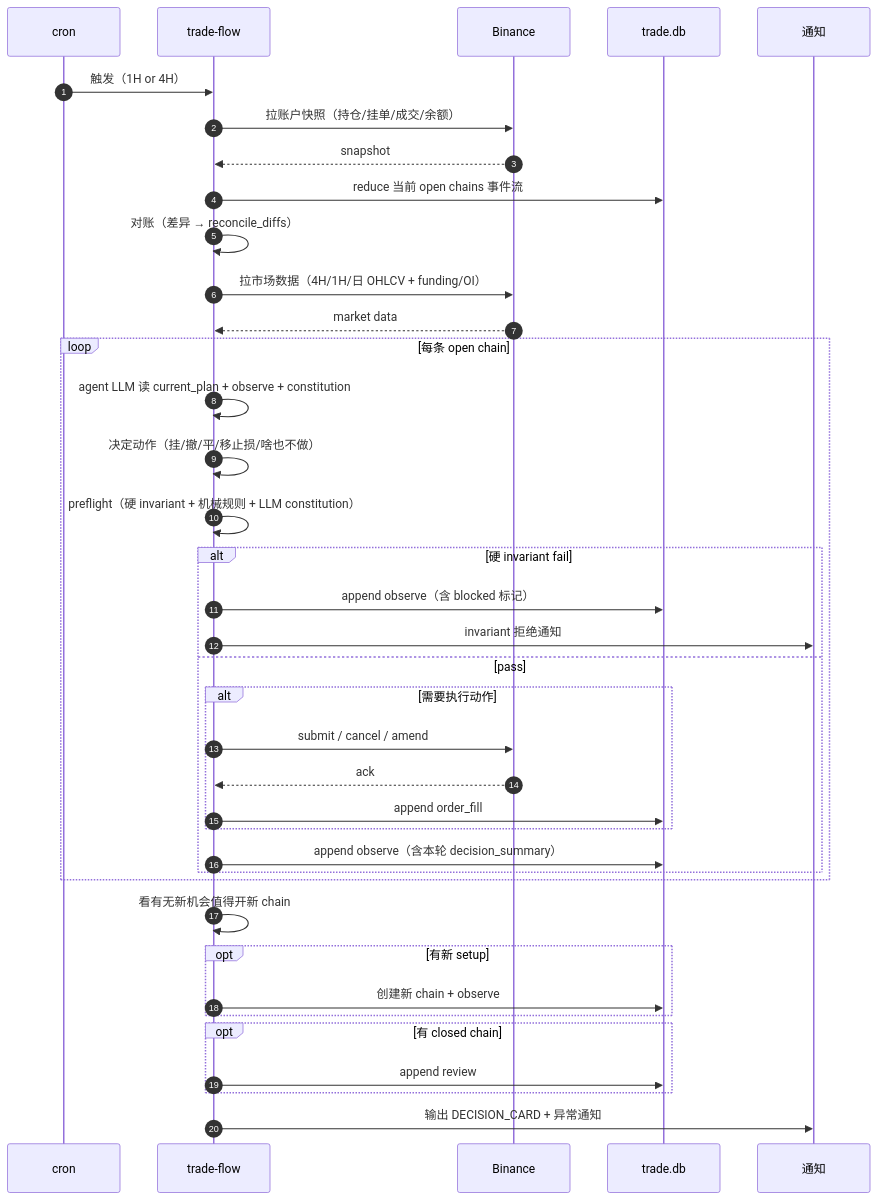
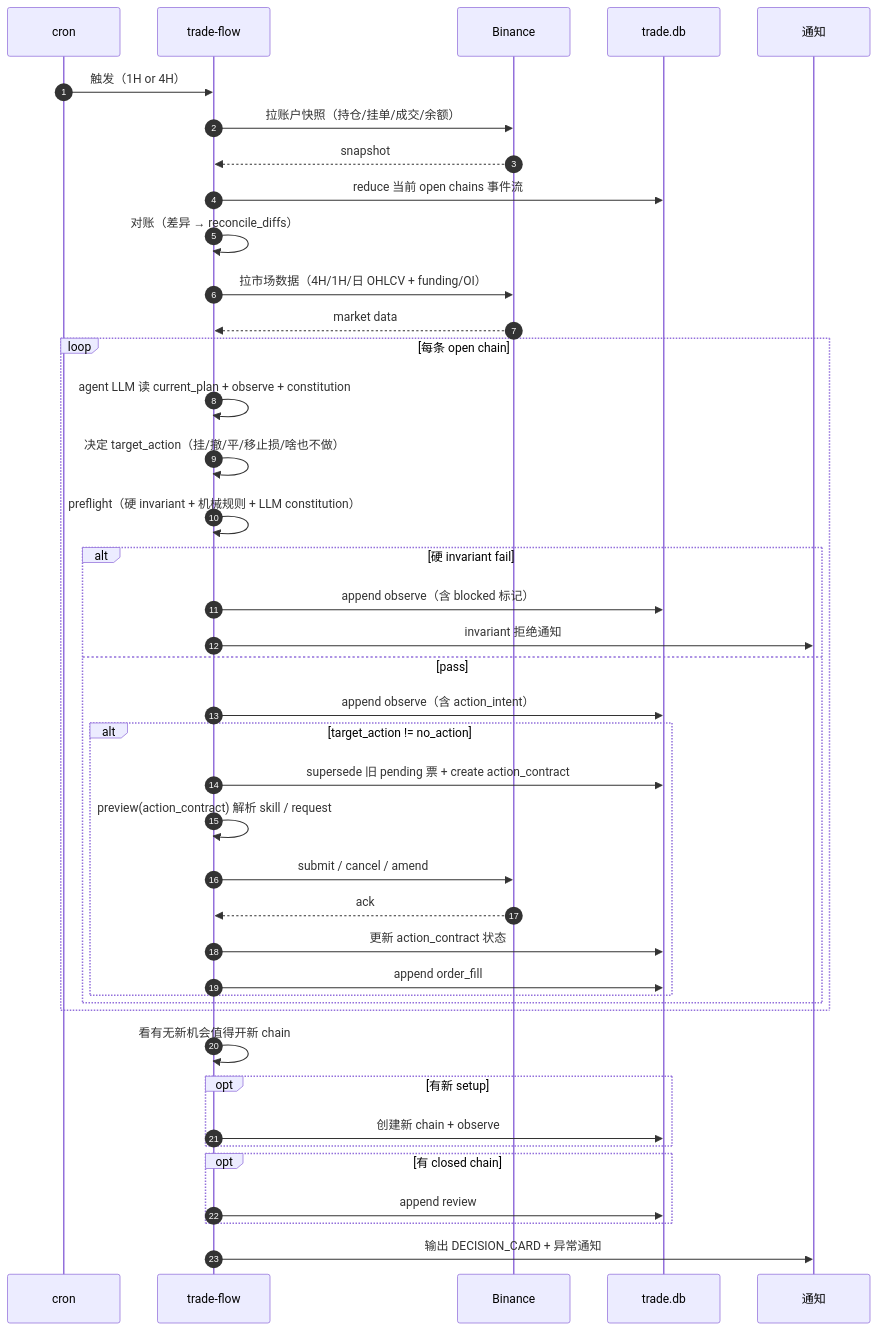
Before and after one commit to qOeOp/trade: the second of 2 diagrams in docs/design-architecture.md, drawn with Mermaid. The commit also changed other lines of this file and 3 other files, not shown here.

Commit message:
Refine trade-flow docs and action contract

````diff
--- a/docs/design-architecture.md
+++ b/docs/design-architecture.md
@@ -332,45 +425,48 @@
 ```mermaid
 sequenceDiagram
     autonumber
     participant C as cron
     participant TF as trade-flow
     participant BN as Binance
     participant DB as trade.db
     participant N as 通知
 
     C->>TF: 触发（1H or 4H）
     TF->>BN: 拉账户快照（持仓/挂单/成交/余额）
     BN-->>TF: snapshot
     TF->>DB: reduce 当前 open chains 事件流
     TF->>TF: 对账（差异 → reconcile_diffs）
     TF->>BN: 拉市场数据（4H/1H/日 OHLCV + funding/OI）
     BN-->>TF: market data
 
     loop 每条 open chain
         TF->>TF: agent LLM 读 current_plan + observe + constitution
-        TF->>TF: 决定动作（挂/撤/平/移止损/啥也不做）
+        TF->>TF: 决定 target_action（挂/撤/平/移止损/啥也不做）
         TF->>TF: preflight（硬 invariant + 机械规则 + LLM constitution）
         alt 硬 invariant fail
             TF->>DB: append observe（含 blocked 标记）
             TF->>N: invariant 拒绝通知
         else pass
-            alt 需要执行动作
+            TF->>DB: append observe（含 action_intent）
+            alt target_action != no_action
+                TF->>DB: supersede 旧 pending 票 + create action_contract
+                TF->>TF: preview(action_contract) 解析 skill / request
                 TF->>BN: submit / cancel / amend
                 BN-->>TF: ack
+                TF->>DB: 更新 action_contract 状态
                 TF->>DB: append order_fill
             end
-            TF->>DB: append observe（含本轮 decision_summary）
         end
     end
 
     TF->>TF: 看有无新机会值得开新 chain
     opt 有新 setup
         TF->>DB: 创建新 chain + observe
     end
 
     opt 有 closed chain
         TF->>DB: append review
     end
 
     TF->>N: 输出 DECISION_CARD + 异常通知
 ```
````
